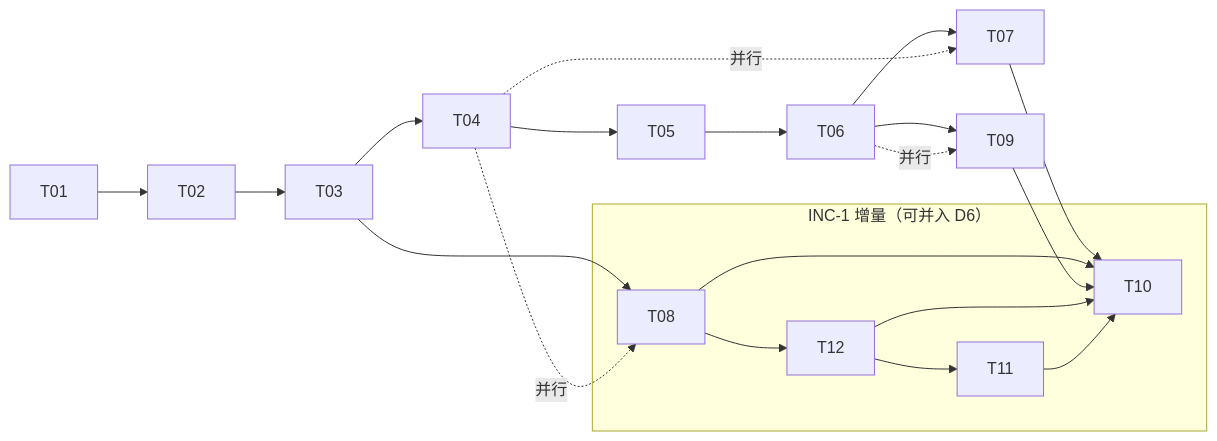
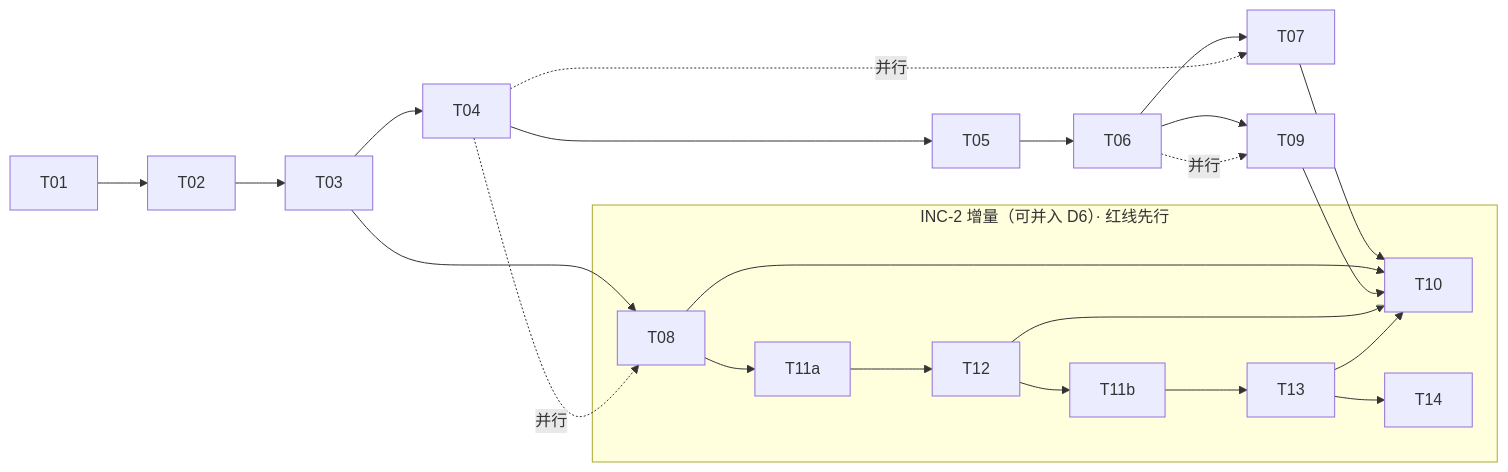
The fifth of 5 diagrams in docs/tech-design-final.md (Tech-luoyi/Community-Reuse), drawn with Mermaid before and after one commit. The commit also changed other lines of this file and 1 other file, not shown here.

First line of the commit message:
docs(ai): 反转框架决策，AI 网关改用 LangGraph agent 运行时（INC-2）

````diff
--- a/docs/tech-design-final.md
+++ b/docs/tech-design-final.md
@@ -935,17 +1145,17 @@
 ```mermaid
 graph LR
     T01 --> T02 --> T03 --> T04 --> T05 --> T06 --> T07
     T03 --> T08
     T06 --> T09
     T07 --> T10
     T08 --> T10
     T09 --> T10
     T04 -.并行.-> T08
     T04 -.并行.-> T07
     T06 -.并行.-> T09
-    subgraph INC1["INC-1 增量（可并入 D6）"]
-        T08 --> T12 --> T11
+    subgraph INC1["INC-2 增量（可并入 D6）· 红线先行"]
+        T08 --> T11a --> T12 --> T11b --> T13 --> T14
         T12 --> T10
-        T11 --> T10
+        T13 --> T10
     end
 ```
````
